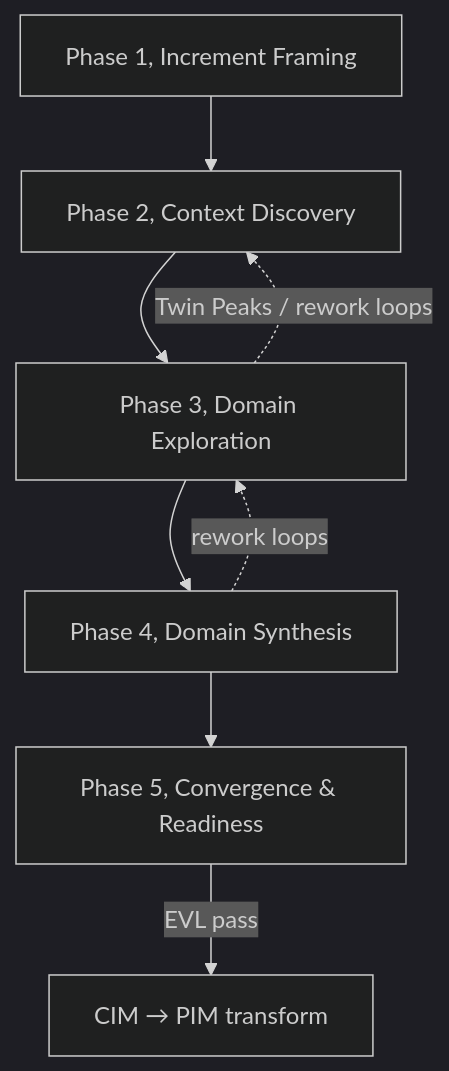
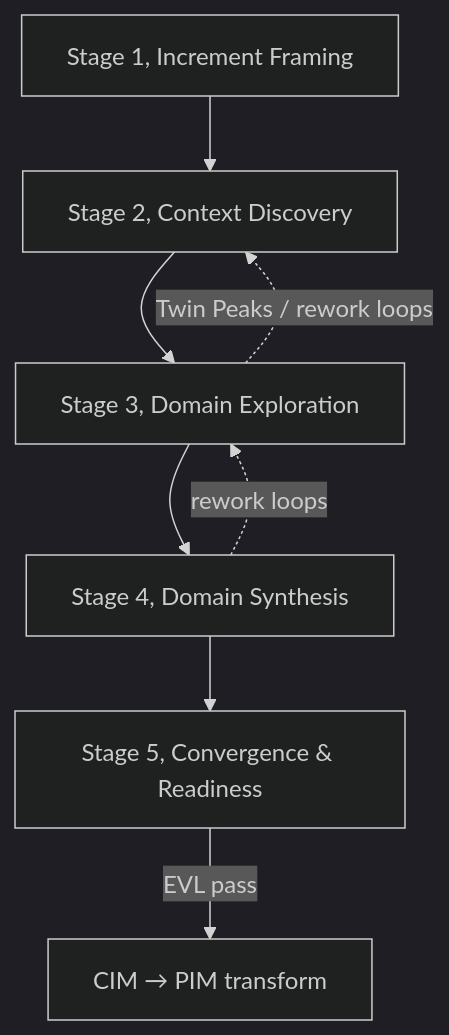
Before and after one commit to mehdieidi/modriss: the diagram in docs/public-docs/docs/guides/cim-modeling-methodology.md, drawn with Mermaid (dark theme). The commit also changed other lines of this file and 64 other files, not shown here.

````diff
--- a/docs/public-docs/docs/guides/cim-modeling-methodology.md
+++ b/docs/public-docs/docs/guides/cim-modeling-methodology.md
@@ -54,13 +55,13 @@
 ```mermaid
 flowchart TD
-  PH1["Phase 1, Increment Framing"]
-  PH2["Phase 2, Context Discovery"]
-  PH3["Phase 3, Domain Exploration"]
-  PH4["Phase 4, Domain Synthesis"]
-  PH5["Phase 5, Convergence & Readiness"]
+  PH1["Stage 1, Increment Framing"]
+  PH2["Stage 2, Context Discovery"]
+  PH3["Stage 3, Domain Exploration"]
+  PH4["Stage 4, Domain Synthesis"]
+  PH5["Stage 5, Convergence & Readiness"]
 
   PH1 --> PH2 --> PH3 --> PH4 --> PH5
   PH3 -.->|Twin Peaks / rework loops| PH2
   PH4 -.->|rework loops| PH3
   PH5 -->|EVL pass| GATE["CIM → PIM transform"]
 ```
````
